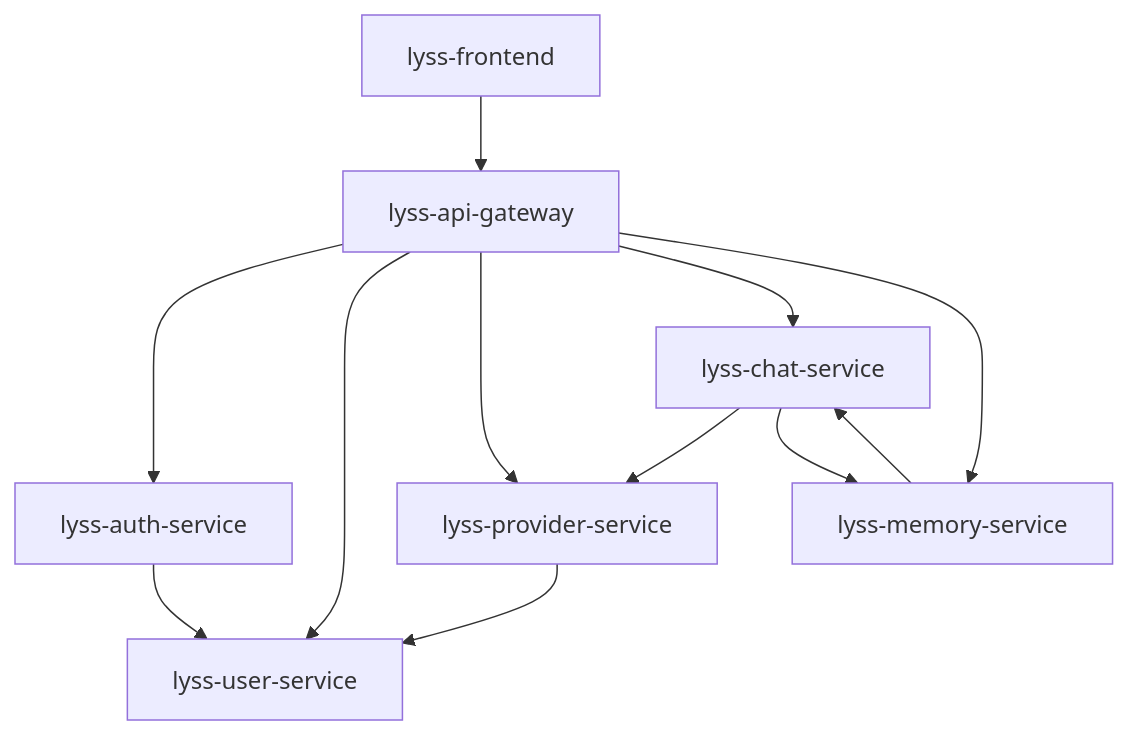
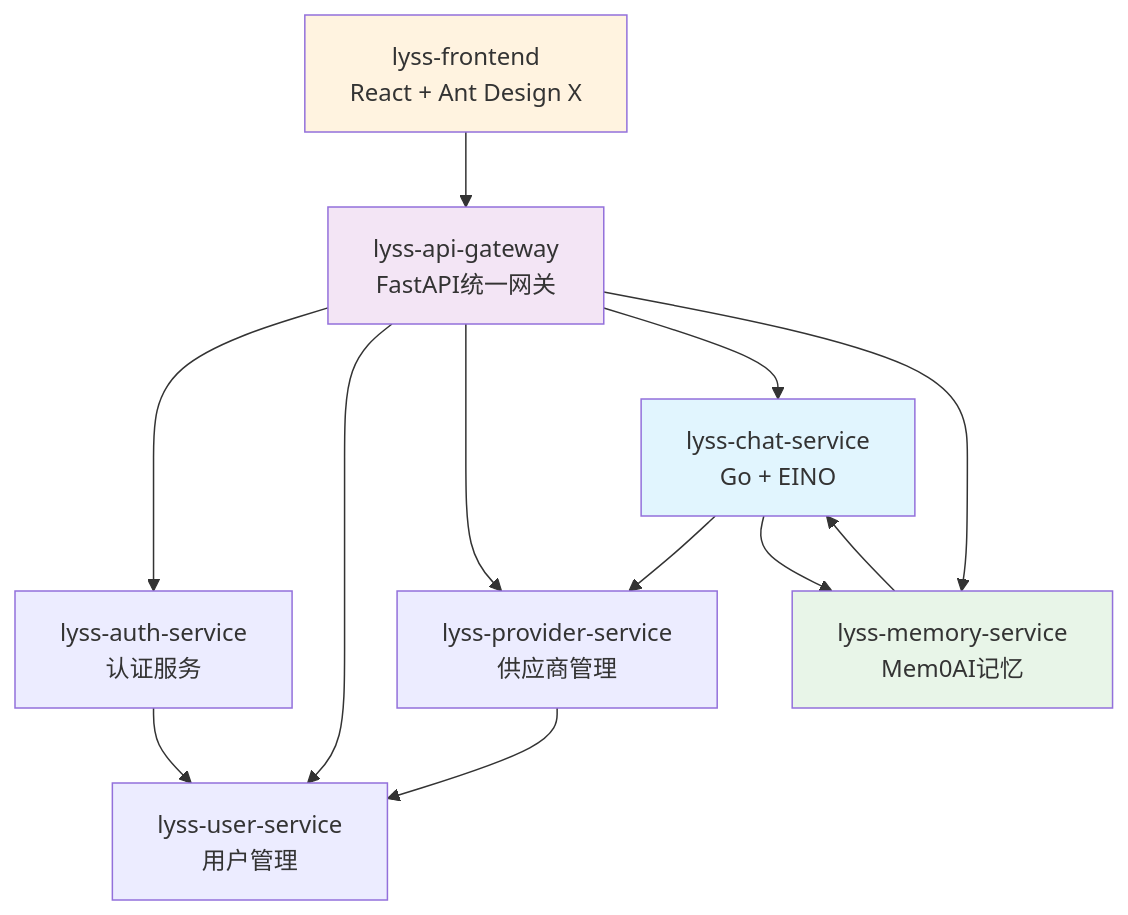
Before and after one commit to zhuiye8/lyss-ai-platform: the diagram in refactor/architecture/services-overview.md, drawn with Mermaid. The commit also changed other lines of this file and 59 other files, not shown here.

````diff
--- a/refactor/architecture/services-overview.md
+++ b/refactor/architecture/services-overview.md
@@ -117,17 +42,22 @@
 ```mermaid
 graph TD
-    Frontend[lyss-frontend] --> Gateway[lyss-api-gateway]
+    Frontend[lyss-frontend<br/>React + Ant Design X] --> Gateway[lyss-api-gateway<br/>FastAPI统一网关]
     
-    Gateway --> Auth[lyss-auth-service]
-    Gateway --> User[lyss-user-service]
-    Gateway --> Provider[lyss-provider-service]
-    Gateway --> Chat[lyss-chat-service]
-    Gateway --> Memory[lyss-memory-service]
+    Gateway --> Auth[lyss-auth-service<br/>认证服务]
+    Gateway --> User[lyss-user-service<br/>用户管理]
+    Gateway --> Provider[lyss-provider-service<br/>供应商管理]
+    Gateway --> Chat[lyss-chat-service<br/>Go + EINO]
+    Gateway --> Memory[lyss-memory-service<br/>Mem0AI记忆]
     
     Chat --> Provider
     Chat --> Memory
     Memory --> Chat
     
     Auth --> User
     Provider --> User
+    
+    style Chat fill:#e1f5fe
+    style Memory fill:#e8f5e8
+    style Frontend fill:#fff3e0
+    style Gateway fill:#f3e5f5
 ```
````
